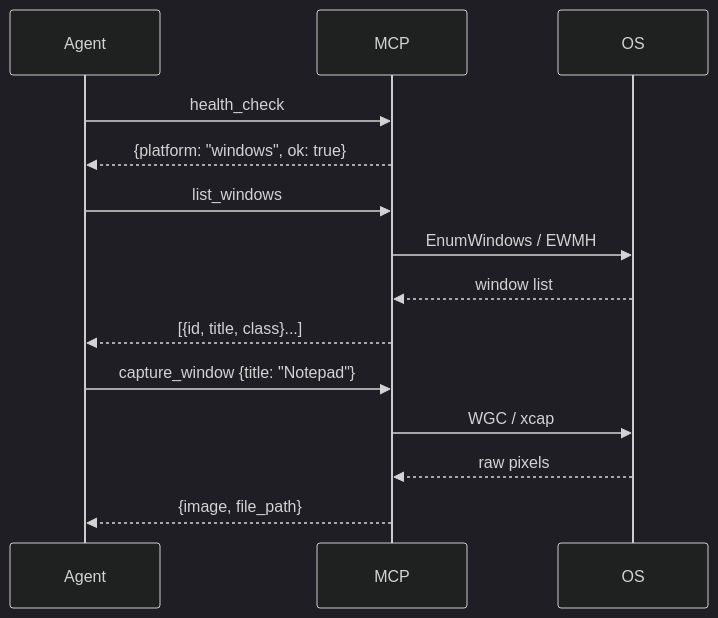
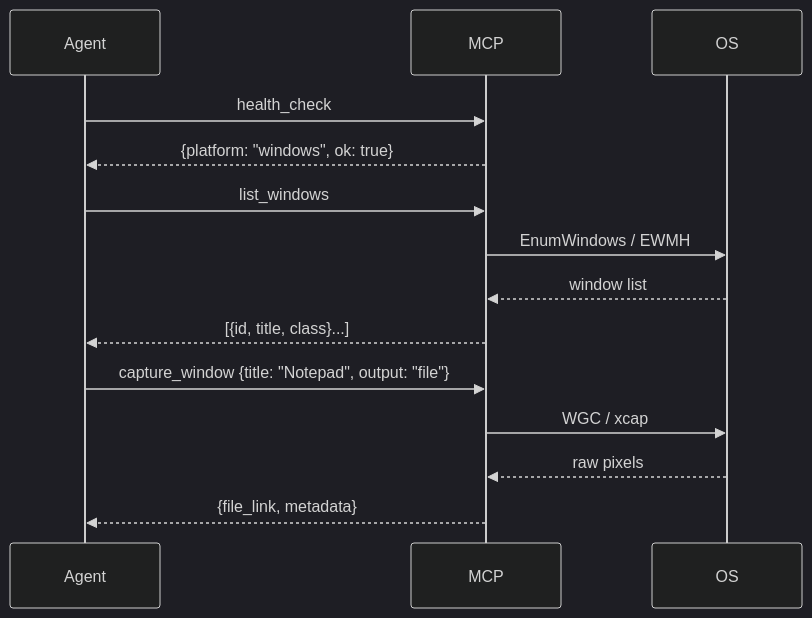
The first of 2 diagrams in docs/usage.md (becksclair/rescreenshot-mcp), drawn with Mermaid (dark theme) before and after one commit. The commit also changed other lines of this file and 5 other files, not shown here.

First line of the commit message:
feat: Implement MCP output modes for large image captures

````diff
--- a/docs/usage.md
+++ b/docs/usage.md
@@ -149,17 +155,17 @@
 ```mermaid
 sequenceDiagram
     participant Agent
     participant MCP
     participant OS
     
     Agent->>MCP: health_check
     MCP-->>Agent: {platform: "windows", ok: true}
     Agent->>MCP: list_windows
     MCP->>OS: EnumWindows / EWMH
     OS-->>MCP: window list
     MCP-->>Agent: [{id, title, class}...]
-    Agent->>MCP: capture_window {title: "Notepad"}
+    Agent->>MCP: capture_window {title: "Notepad", output: "file"}
     MCP->>OS: WGC / xcap
     OS-->>MCP: raw pixels
-    MCP-->>Agent: {image, file_path}
+    MCP-->>Agent: {file_link, metadata}
 ```
````
